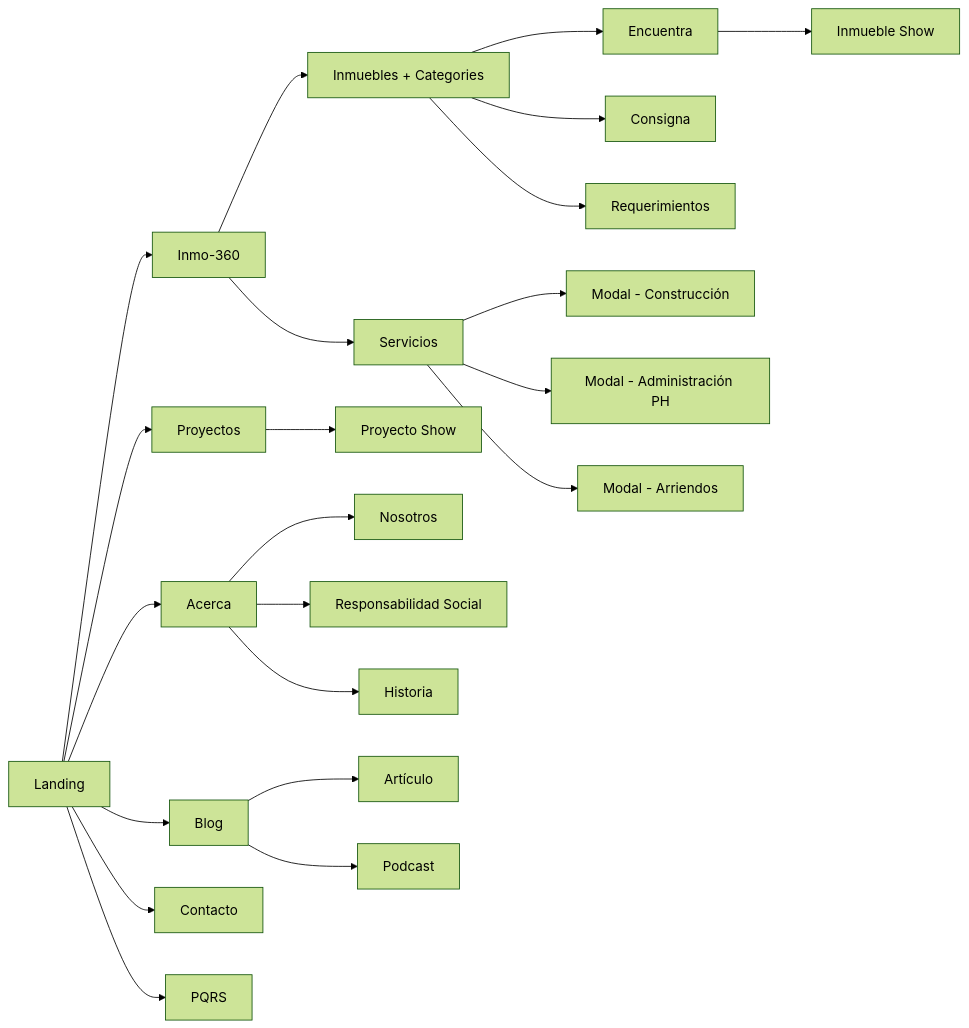
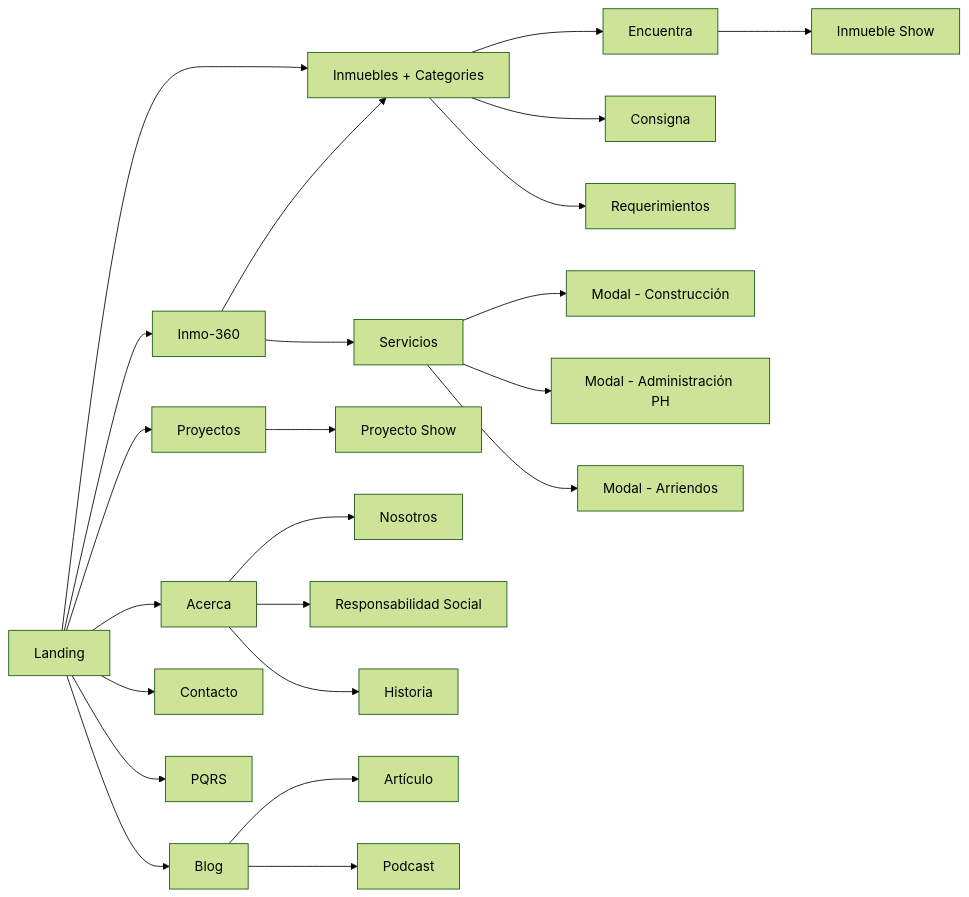
Before and after one commit to Mich9025/pga-web: the third of 3 diagrams in Architeture.md, drawn with Mermaid (forest theme). The commit also changed 29 other files, not shown here.

````diff
--- a/Architeture.md
+++ b/Architeture.md
@@ -125,27 +125,28 @@
 ```mermaid
 graph LR
     A[Landing] --> B[Proyectos]
+    A --> C[Inmuebles + Categories]
     X --> C[Inmuebles + Categories]
     A --> X[Inmo-360]
     X --> D[Servicios]
     A --> E[Acerca]
     A --> F[Blog]
     A --> G[Contacto]
     A --> H[PQRS]
 
     B --> B1[Proyecto Show]
     C --> C1[Encuentra]
     C1 --> CC1[Inmueble Show]
     C --> C2[Consigna]
     C --> C3[Requerimientos]
     D --> D4[Modal - Construcción]
     D --> D5[Modal - Administración PH]
     D --> D6[Modal - Arriendos]
 
     E --> E1[Nosotros]
     E --> E2[Responsabilidad Social]
     E --> E3[Historia]
 
     F --> F1[Artículo]
     F --> F2[Podcast]
 ```
````
